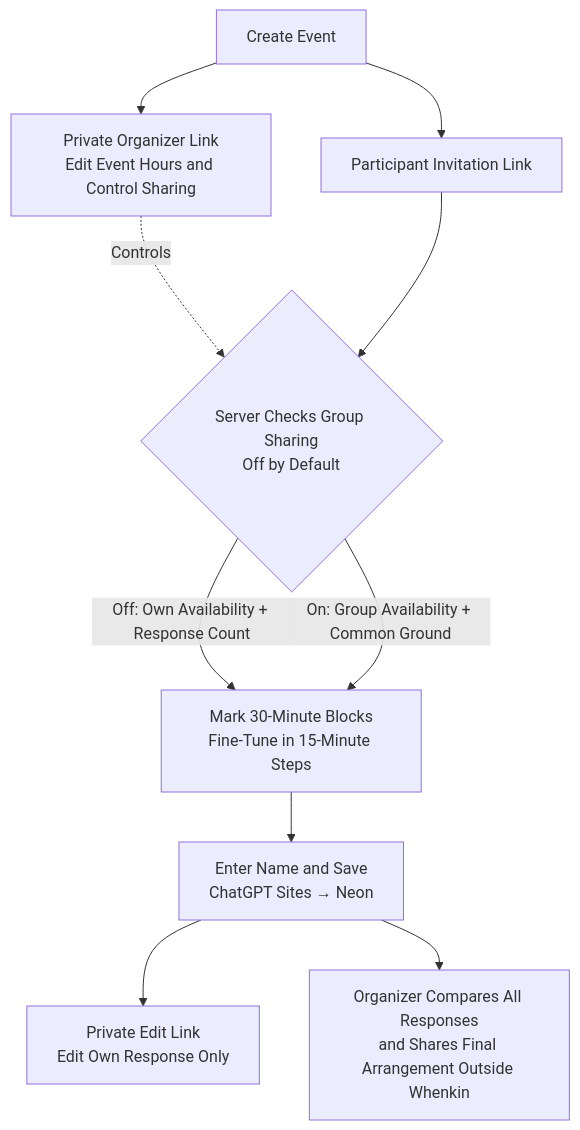
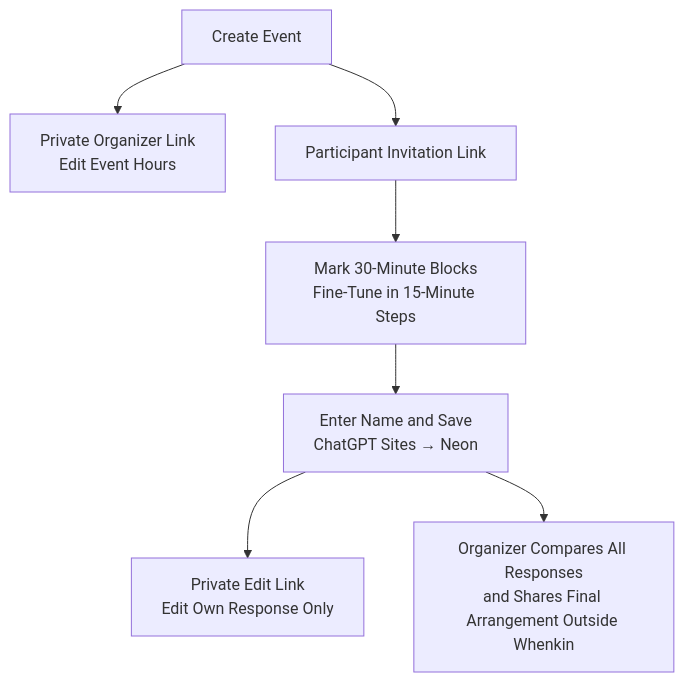
One commit to jimmy181211/whenkin changed the second of 2 diagrams in README.md. Above: the diagram before and after it, drawn with Mermaid. The commit also changed other lines of this file and 15 other files, not shown here.

````diff
--- a/README.md
+++ b/README.md
@@ -43,12 +43,9 @@
 ```mermaid
 flowchart TD
-  C["Create Event"] --> O["Private Organizer Link<br/>Edit Event Hours and Control Sharing"]
+  C["Create Event"] --> O["Private Organizer Link<br/>Edit Event Hours"]
   C --> P["Participant Invitation Link"]
-  O -.->|"Controls"| S{"Server Checks Group Sharing<br/>Off by Default"}
-  P --> S
-  S -->|"Off: Own Availability + Response Count"| R["Mark 30-Minute Blocks<br/>Fine-Tune in 15-Minute Steps"]
-  S -->|"On: Group Availability + Common Ground"| R
+  P --> R["Mark 30-Minute Blocks<br/>Fine-Tune in 15-Minute Steps"]
   R --> N["Enter Name and Save<br/>ChatGPT Sites → Neon"]
   N --> E["Private Edit Link<br/>Edit Own Response Only"]
   N --> F["Organizer Compares All Responses<br/>and Shares Final Arrangement Outside Whenkin"]
 ```
````
